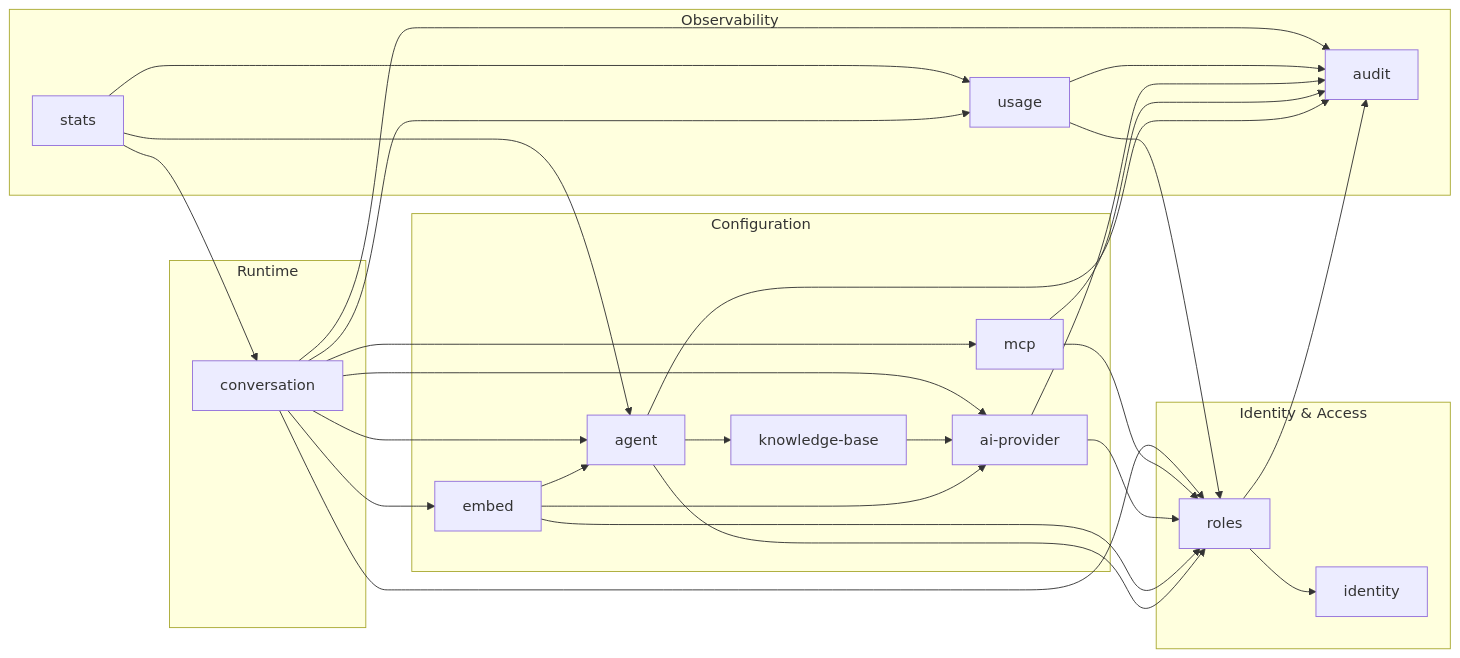
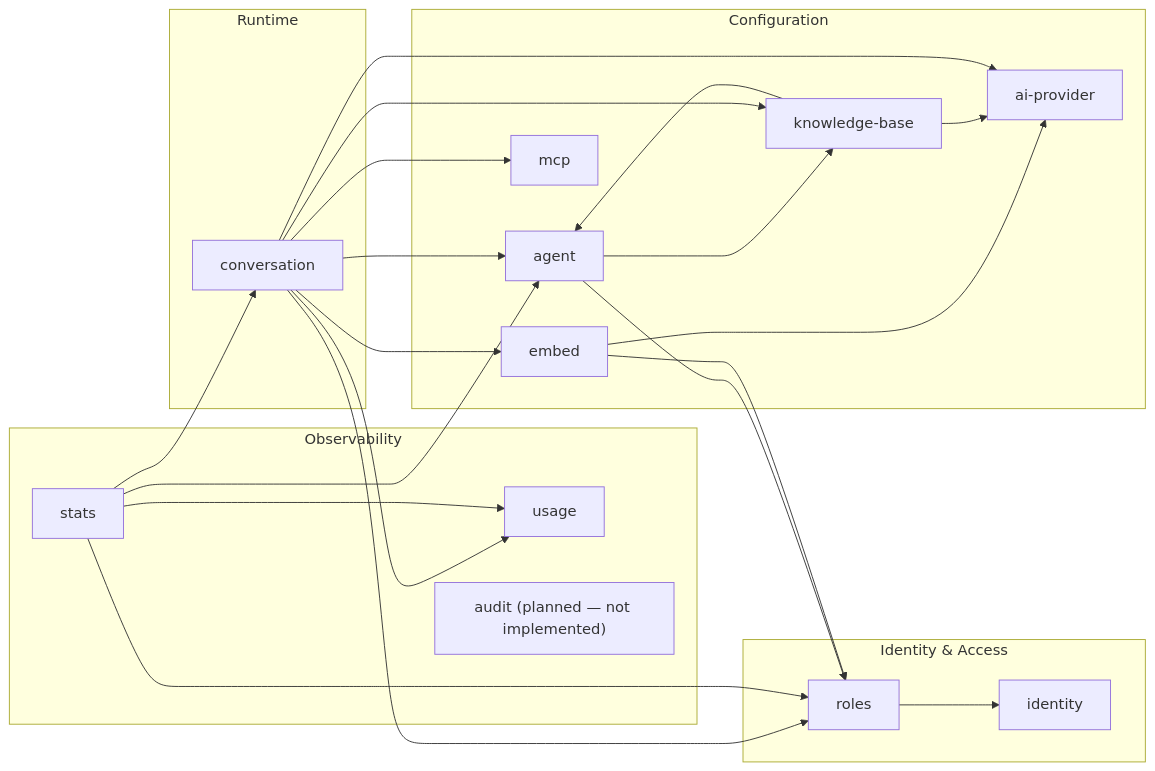
Before and after one commit to Talqo/talqo: the diagram in docs/architecture/module-diagram.md, drawn with Mermaid. The commit also changed other lines of this file and 21 other files, not shown here.

````diff
--- a/docs/architecture/module-diagram.md
+++ b/docs/architecture/module-diagram.md
@@ -9,55 +9,47 @@
 ```mermaid
 graph LR
     subgraph "Identity & Access"
         identity[identity]
         roles[roles]
     end
 
     subgraph "Configuration"
         agent[agent]
         knowledge_base[knowledge-base]
         embed[embed]
         ai_provider["ai-provider"]
         mcp[mcp]
     end
 
     subgraph "Runtime"
         conversation[conversation]
     end
 
     subgraph "Observability"
         usage[usage]
         stats[stats]
-        audit[audit]
+        audit["audit (planned — not implemented)"]
     end
 
     roles --> identity
 
     agent --> roles
     agent --> knowledge_base
-    embed --> agent
     embed --> roles
     embed --> ai_provider
-    ai_provider --> roles
-    mcp --> roles
     knowledge_base --> ai_provider
-    usage --> roles
+    knowledge_base --> agent
 
     conversation --> embed
     conversation --> agent
     conversation --> ai_provider
     conversation --> mcp
     conversation --> usage
     conversation --> roles
+    conversation --> knowledge_base
 
     stats --> conversation
     stats --> usage
     stats --> agent
-
-    roles --> audit
-    agent --> audit
-    mcp --> audit
-    ai_provider --> audit
-    usage --> audit
-    conversation --> audit
+    stats --> roles
 ```
````
